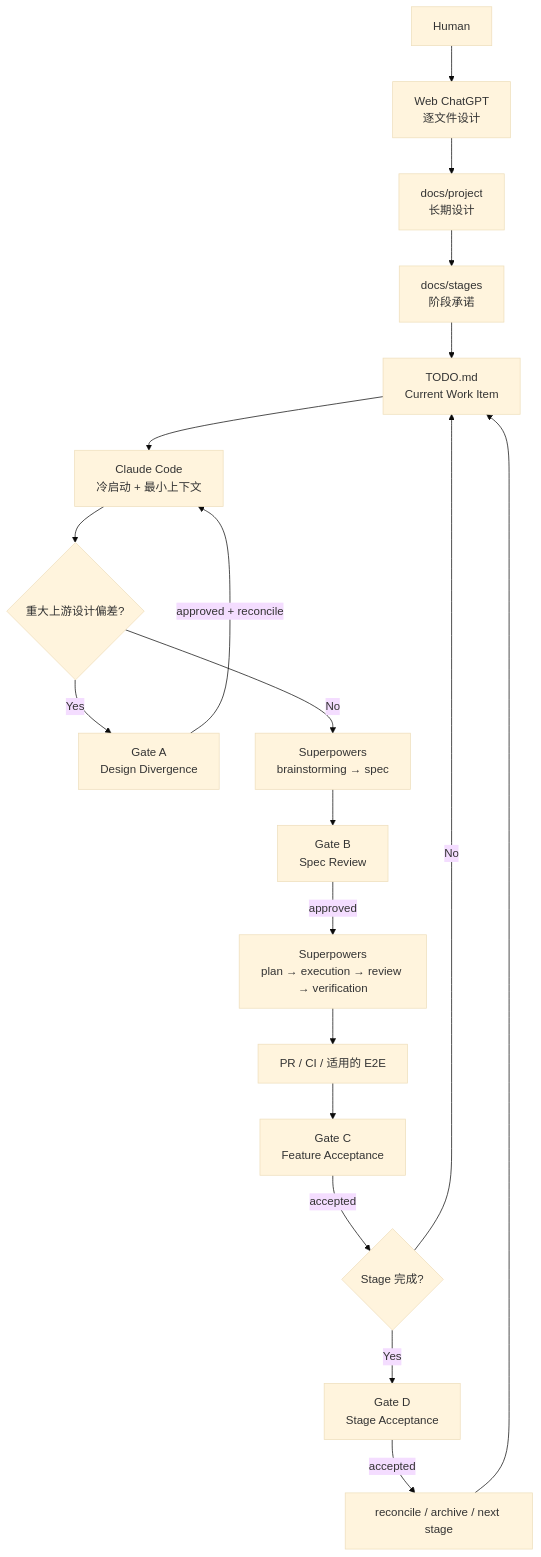
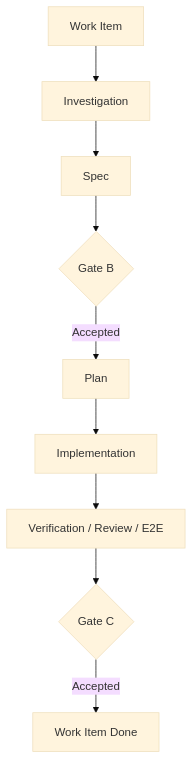
Before and after one commit to ice268528/cortex-protocol: the third of 5 diagrams in README.md, drawn with Mermaid (base theme). The commit also changed other lines of this file and 110 other files, not shown here.

````diff
--- a/README.md
+++ b/README.md
@@ -59,21 +243,11 @@
 ```mermaid
 flowchart TD
-    H[Human] --> W[Web ChatGPT\n逐文件设计]
-    W --> P[docs/project\n长期设计]
-    P --> S[docs/stages\n阶段承诺]
-    S --> T[TODO.md\nCurrent Work Item]
-    T --> C[Claude Code\n冷启动 + 最小上下文]
-    C --> A{重大上游设计偏差?}
-    A -- Yes --> GA[Gate A\nDesign Divergence]
-    GA -->|approved + reconcile| C
-    A -- No --> B[Superpowers\nbrainstorming → spec]
-    B --> GB[Gate B\nSpec Review]
-    GB -->|approved| E[Superpowers\nplan → execution → review → verification]
-    E --> PR[PR / CI / 适用的 E2E]
-    PR --> GC[Gate C\nFeature Acceptance]
-    GC -->|accepted| D{Stage 完成?}
-    D -- No --> T
-    D -- Yes --> GD[Gate D\nStage Acceptance]
-    GD -->|accepted| R[reconcile / archive / next stage]
-    R --> T
+    W[Work Item] --> I[Investigation]
+    I --> S[Spec]
+    S --> B{Gate B}
+    B -->|Accepted| P[Plan]
+    P --> E[Implementation]
+    E --> V[Verification / Review / E2E]
+    V --> C{Gate C}
+    C -->|Accepted| D[Work Item Done]
 ```
````
